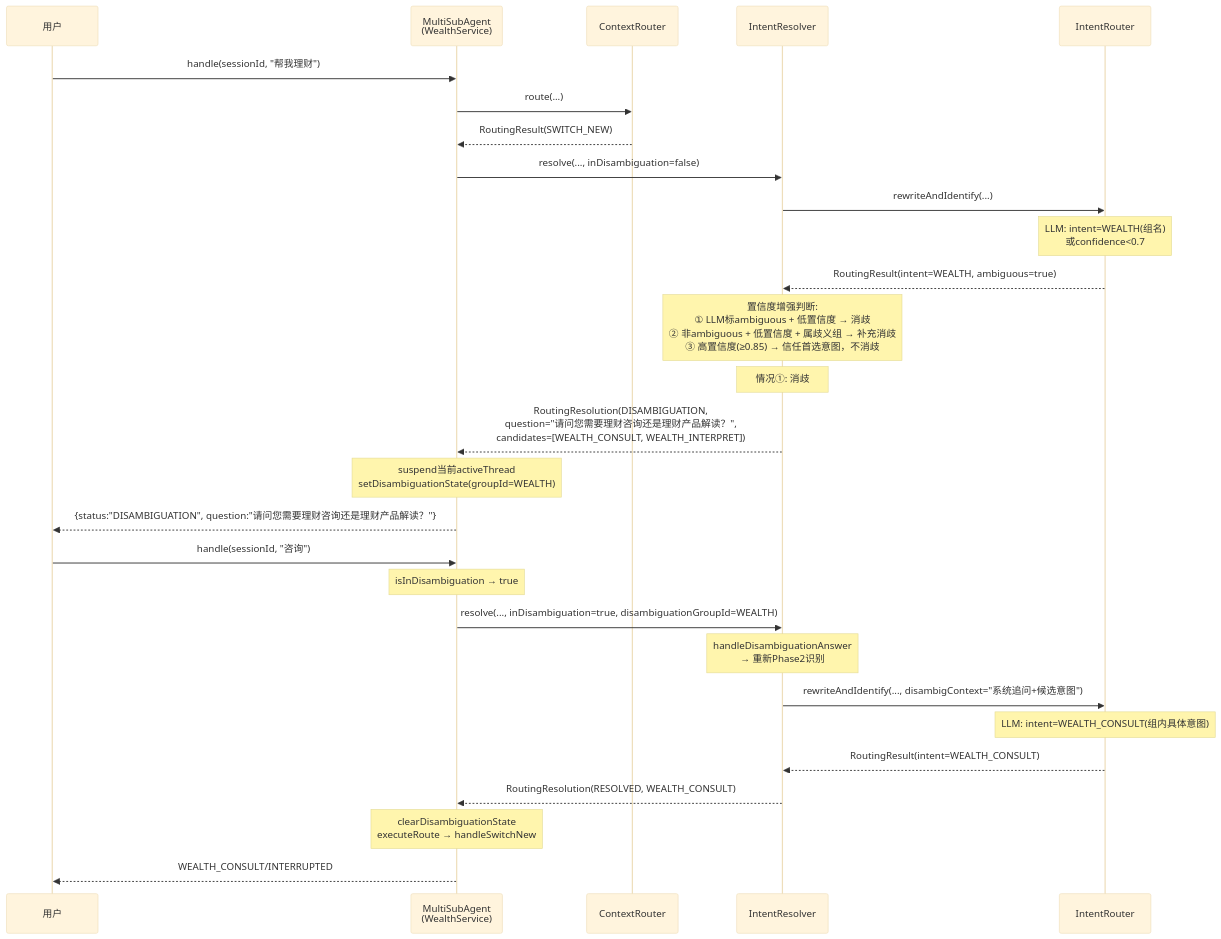
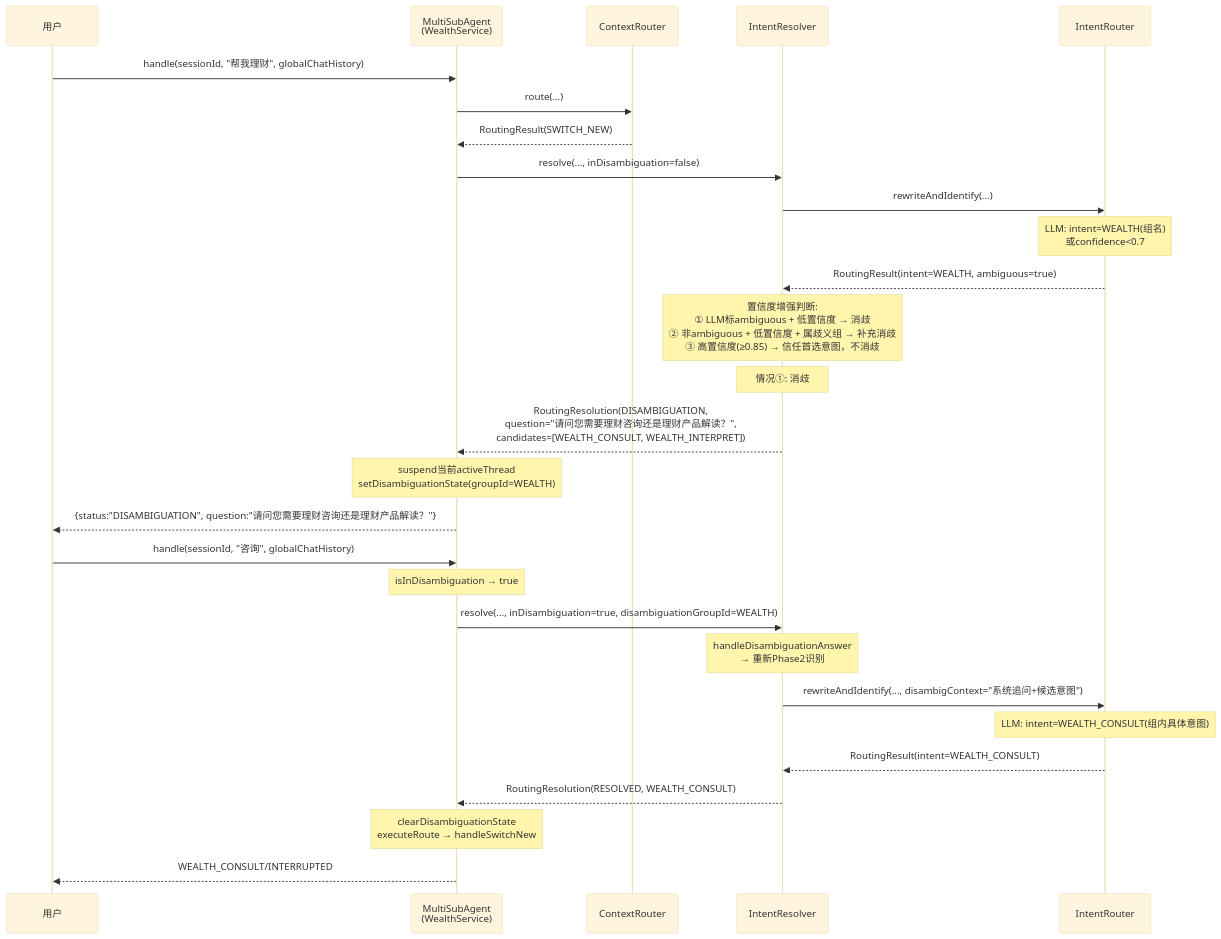
Diagram 11 of 18 in ARCHITECTURE-FULL.md (michael-lin-45/mobile-ai-bank-demo---workbuddy), drawn with Mermaid (base theme) before and after one commit. The commit also changed other lines of this file and 15 other files, not shown here.

````diff
--- a/ARCHITECTURE-FULL.md
+++ b/ARCHITECTURE-FULL.md
@@ -703,36 +710,36 @@
 ```mermaid
 sequenceDiagram
     participant U as 用户
     participant MSAD as MultiSubAgent<br/>(WealthService)
     participant CR as ContextRouter
     participant IRes as IntentResolver
     participant IR as IntentRouter
 
-    U->>MSAD: handle(sessionId, "帮我理财")
+    U->>MSAD: handle(sessionId, "帮我理财", globalChatHistory)
     MSAD->>CR: route(...)
     CR-->>MSAD: RoutingResult(SWITCH_NEW)
     MSAD->>IRes: resolve(..., inDisambiguation=false)
     IRes->>IR: rewriteAndIdentify(...)
     Note over IR: LLM: intent=WEALTH(组名)<br/>或confidence<0.7
     IR-->>IRes: RoutingResult(intent=WEALTH, ambiguous=true)
     
     Note over IRes: 置信度增强判断:<br/>① LLM标ambiguous + 低置信度 → 消歧<br/>② 非ambiguous + 低置信度 + 属歧义组 → 补充消歧<br/>③ 高置信度(≥0.85) → 信任首选意图，不消歧
     
     Note over IRes: 情况①: 消歧
     IRes-->>MSAD: RoutingResolution(DISAMBIGUATION,<br/>question="请问您需要理财咨询还是理财产品解读？",<br/>candidates=[WEALTH_CONSULT, WEALTH_INTERPRET])
     
     Note over MSAD: suspend当前activeThread<br/>setDisambiguationState(groupId=WEALTH)
     MSAD-->>U: {status:"DISAMBIGUATION", question:"请问您需要理财咨询还是理财产品解读？"}
     
-    U->>MSAD: handle(sessionId, "咨询")
+    U->>MSAD: handle(sessionId, "咨询", globalChatHistory)
     Note over MSAD: isInDisambiguation → true
     MSAD->>IRes: resolve(..., inDisambiguation=true, disambiguationGroupId=WEALTH)
     Note over IRes: handleDisambiguationAnswer<br/>→ 重新Phase2识别
     IRes->>IR: rewriteAndIdentify(..., disambigContext="系统追问+候选意图")
     Note over IR: LLM: intent=WEALTH_CONSULT(组内具体意图)
     IR-->>IRes: RoutingResult(intent=WEALTH_CONSULT)
     IRes-->>MSAD: RoutingResolution(RESOLVED, WEALTH_CONSULT)
     
     Note over MSAD: clearDisambiguationState<br/>executeRoute → handleSwitchNew
     MSAD-->>U: WEALTH_CONSULT/INTERRUPTED
 ```
````
